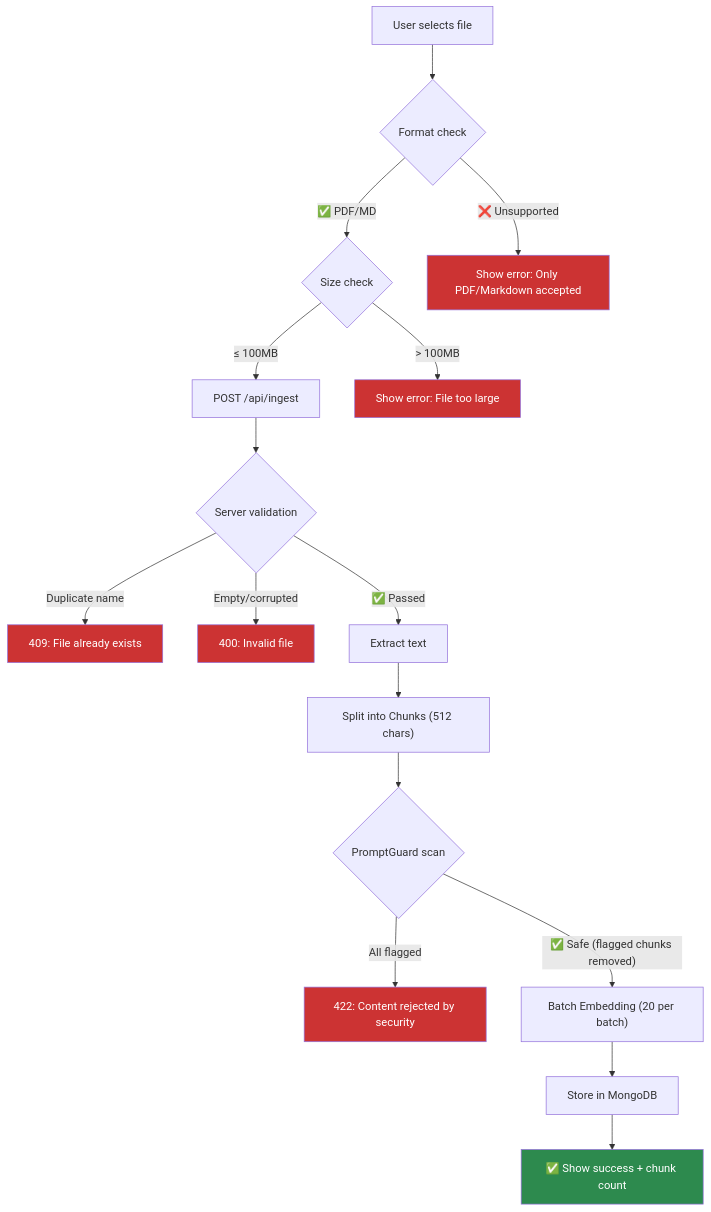
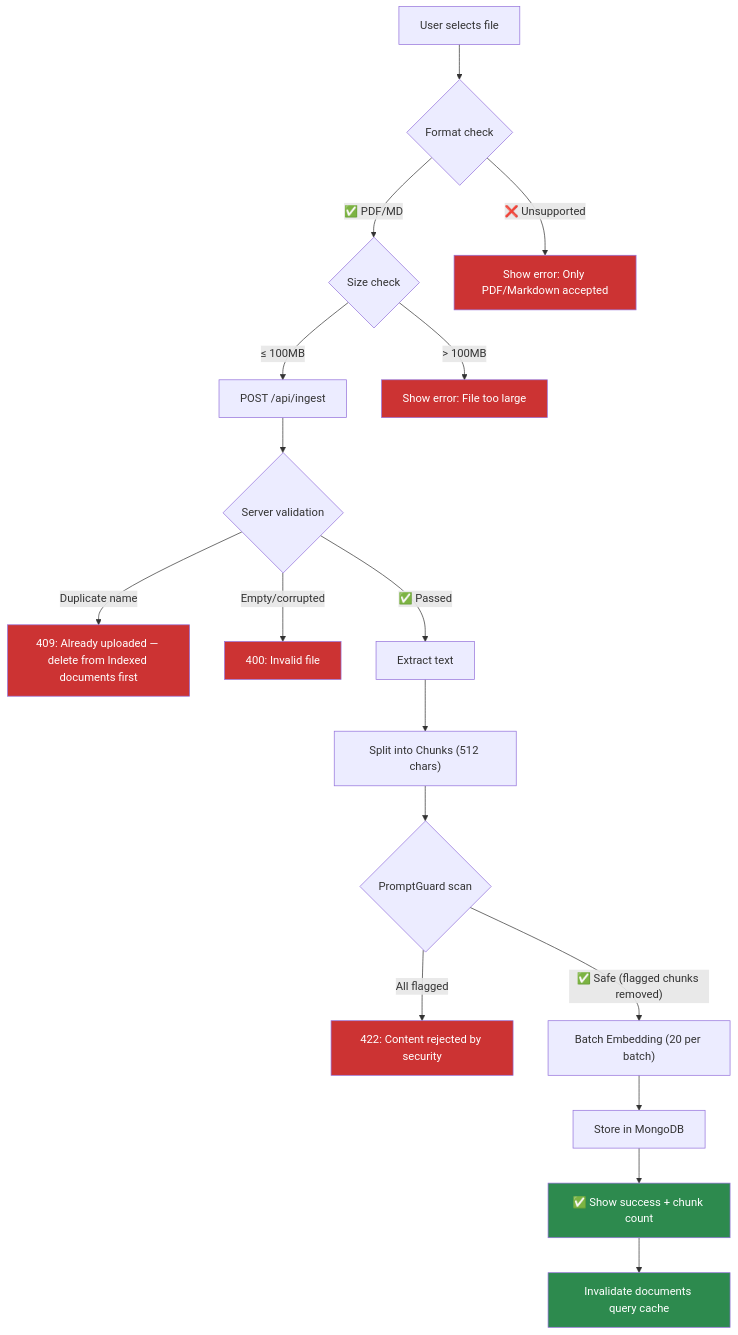
Before and after one commit to johnmak101-ops/RevisionApp: the second of 8 diagrams in docs/en/UI_FLOW_DIAGRAM.md, drawn with Mermaid. The commit also changed other lines of this file and 64 other files, not shown here.

````diff
--- a/docs/en/UI_FLOW_DIAGRAM.md
+++ b/docs/en/UI_FLOW_DIAGRAM.md
@@ -26,28 +26,30 @@
 ```mermaid
 flowchart TD
     A["User selects file"] --> B{"Format check"}
     B -->|"✅ PDF/MD"| C{"Size check"}
     B -->|"❌ Unsupported"| ERR1["Show error: Only PDF/Markdown accepted"]
     
     C -->|"≤ 100MB"| D["POST /api/ingest"]
     C -->|"> 100MB"| ERR2["Show error: File too large"]
     
     D --> E{"Server validation"}
-    E -->|"Duplicate name"| ERR3["409: File already exists"]
+    E -->|"Duplicate name"| ERR3["409: Already uploaded — delete from Indexed documents first"]
     E -->|"Empty/corrupted"| ERR4["400: Invalid file"]
     E -->|"✅ Passed"| F["Extract text"]
     
     F --> G["Split into Chunks (512 chars)"]
     G --> PG{"PromptGuard scan"}
     PG -->|"All flagged"| ERR5["422: Content rejected by security"]
     PG -->|"✅ Safe (flagged chunks removed)"| H["Batch Embedding (20 per batch)"]
     H --> I["Store in MongoDB"]
     I --> J["✅ Show success + chunk count"]
+    J --> K["Invalidate documents query cache"]
     
     style J fill:#2d8a4e,color:#fff
+    style K fill:#2d8a4e,color:#fff
     style ERR1 fill:#cc3333,color:#fff
     style ERR2 fill:#cc3333,color:#fff
     style ERR3 fill:#cc3333,color:#fff
     style ERR4 fill:#cc3333,color:#fff
     style ERR5 fill:#cc3333,color:#fff
 ```
````
